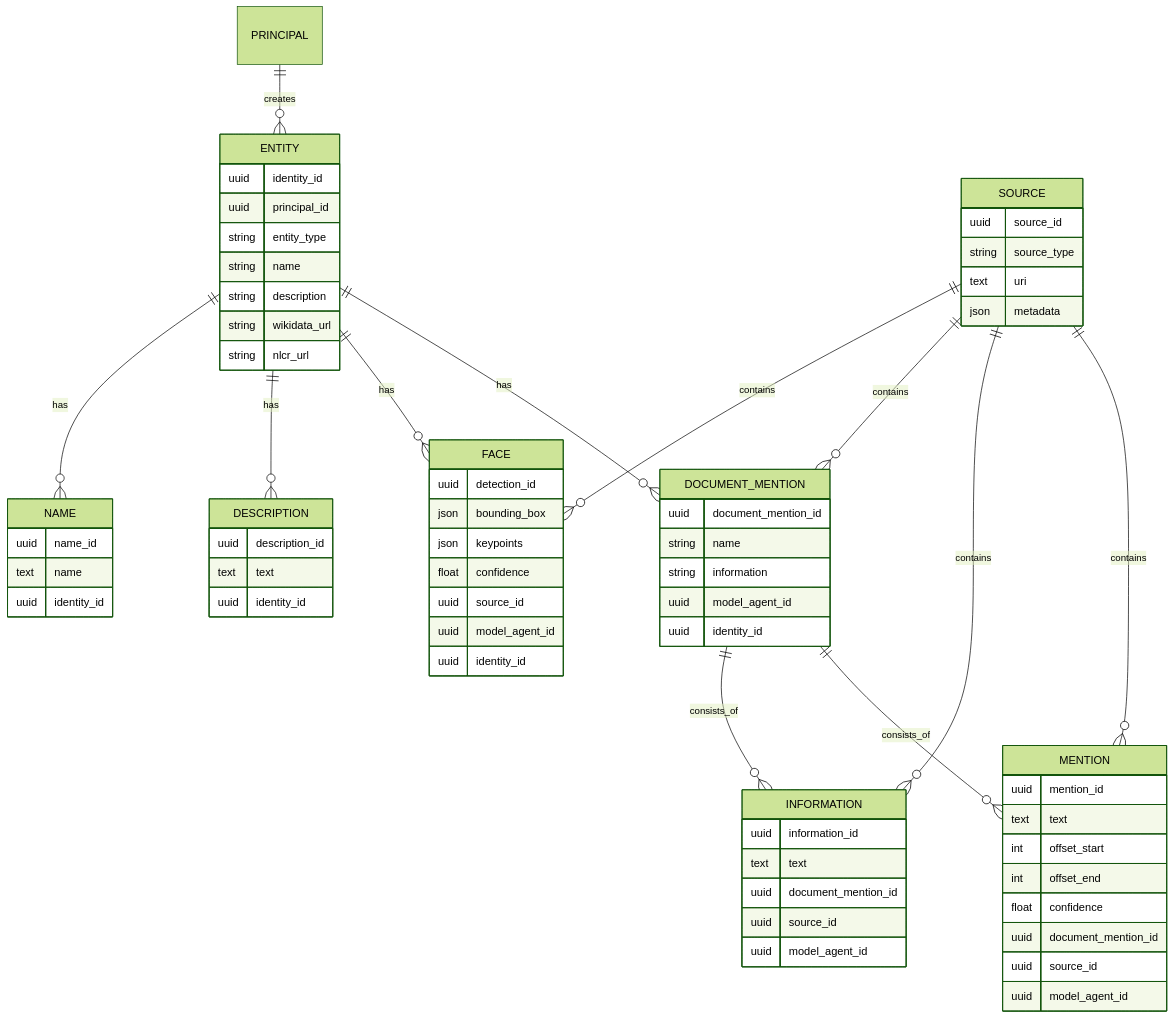
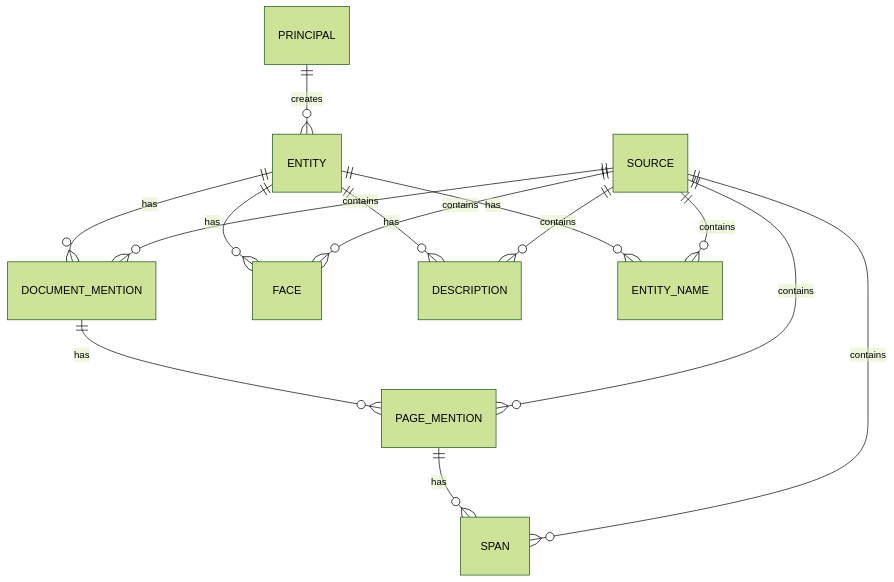
The diagram in people-gator-api/docs/01-product-spec-1.md (DCGM/PeopleGatorApp), drawn with Mermaid (forest theme) before and after one commit. The commit also changed other lines of this file and 18 other files, not shown here.

First line of the commit message:
Refactor vector service schemas and search functionality

````diff
--- a/people-gator-api/docs/01-product-spec-1.md
+++ b/people-gator-api/docs/01-product-spec-1.md
@@ -187,83 +230,18 @@
 erDiagram
   PRINCIPAL ||--o{ ENTITY : creates
 
-  DOCUMENT_MENTION ||--o{ MENTION : consists_of
-  DOCUMENT_MENTION ||--o{ INFORMATION : consists_of
+  ENTITY ||--o{ DOCUMENT_MENTION : has
+  DOCUMENT_MENTION ||--o{ PAGE_MENTION : has
+  PAGE_MENTION ||--o{ SPAN : has
 
-
-  SOURCE ||--o{ MENTION : contains
-  SOURCE ||--o{ INFORMATION : contains
-  SOURCE ||--o{ DOCUMENT_MENTION : contains
-  SOURCE ||--o{ FACE : contains
-
-  ENTITY ||--o{ DOCUMENT_MENTION : has
   ENTITY ||--o{ FACE : has
   ENTITY ||--o{ DESCRIPTION : has
-  ENTITY ||--o{ NAME : has
+  ENTITY ||--o{ ENTITY_NAME : has
 
-  ENTITY {
-    uuid identity_id
-    uuid principal_id
-    string entity_type
-    string name
-    string description
-    string wikidata_url
-    string nlcr_url
-  }
-
-  MENTION {
-    uuid mention_id
-    text text
-    int offset_start
-    int offset_end
-    float confidence
-    uuid document_mention_id
-    uuid source_id
-    uuid model_agent_id
-  }
-
-  INFORMATION {
-    uuid information_id
-    text text
-    uuid document_mention_id
-    uuid source_id
-    uuid model_agent_id
-  }
-
-  DOCUMENT_MENTION {
-    uuid document_mention_id
-    string name
-    string information
-    uuid model_agent_id
-    uuid identity_id
-  }
-
-  FACE {
-    uuid detection_id
-    json bounding_box
-    json keypoints
-    float confidence
-    uuid source_id
-    uuid model_agent_id
-    uuid identity_id
-  }
-
-  DESCRIPTION {
-    uuid description_id
-    text text
-    uuid identity_id
-  }
-
-  NAME {
-    uuid name_id
-    text name
-    uuid identity_id
-  }
-
-  SOURCE {
-    uuid source_id
-    string source_type
-    text uri
-    json metadata
-  }
+  SOURCE ||--o{ DOCUMENT_MENTION : contains
+  SOURCE ||--o{ PAGE_MENTION : contains
+  SOURCE ||--o{ SPAN : contains
+  SOURCE ||--o{ FACE : contains
+  SOURCE ||--o{ DESCRIPTION : contains
+  SOURCE ||--o{ ENTITY_NAME : contains
 ```
````
